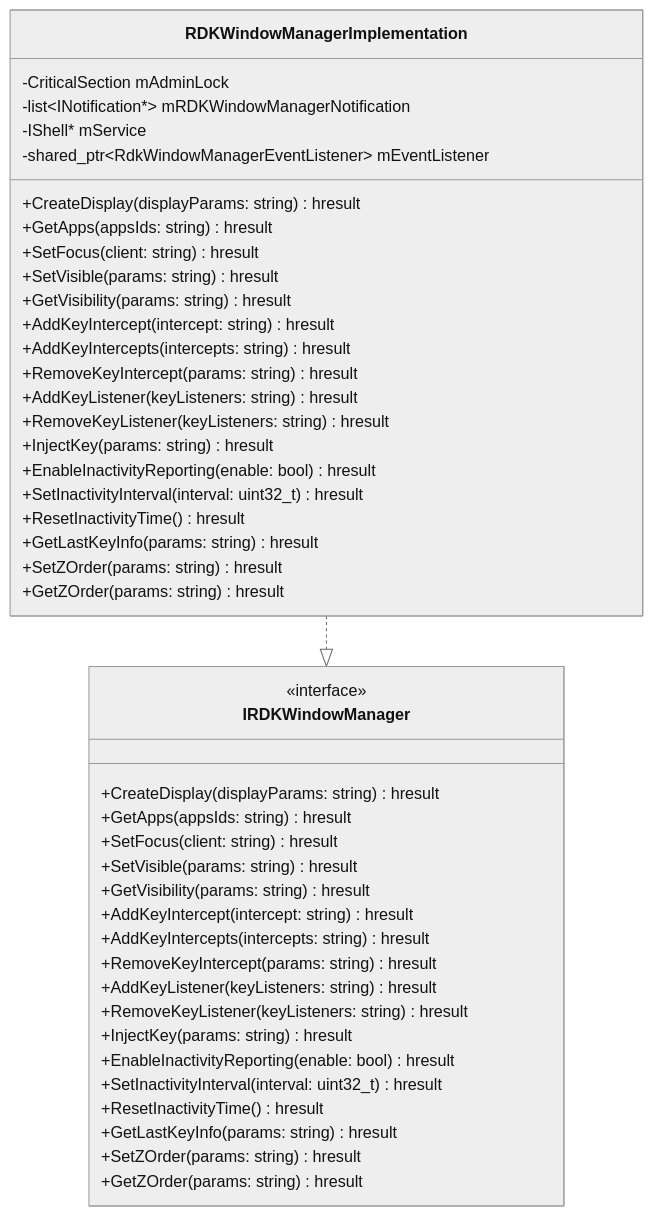
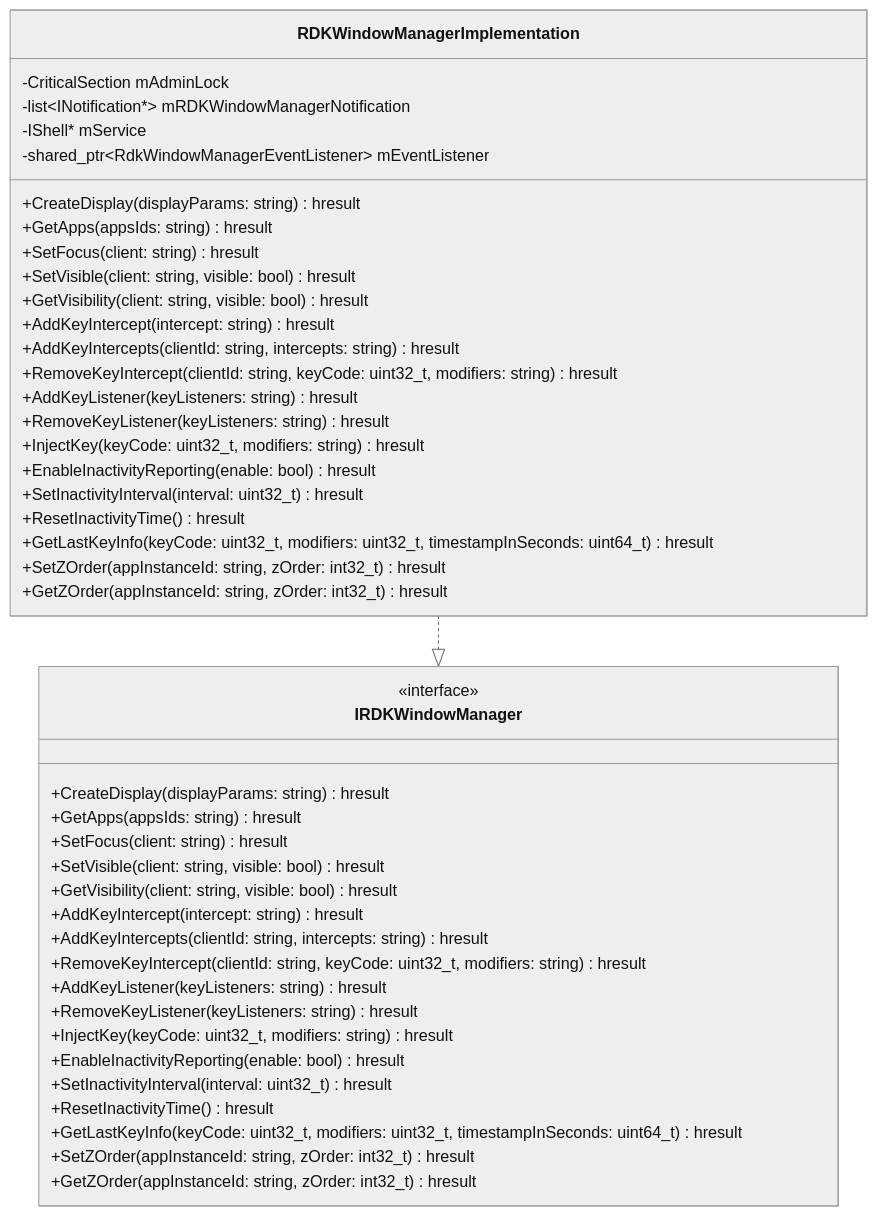
The second of 4 diagrams in RDKWindowManager/RDKWindowManager.md (rdkcentral/entservices-appmanagers), drawn with Mermaid (neutral theme) before and after one commit. The commit also changed other lines of this file and 3 other files, not shown here.

````diff
--- a/RDKWindowManager/RDKWindowManager.md
+++ b/RDKWindowManager/RDKWindowManager.md
@@ -60,49 +60,49 @@
 ```mermaid
 classDiagram
     class RDKWindowManagerImplementation {
         -CriticalSection mAdminLock
         -list~INotification*~ mRDKWindowManagerNotification
         -IShell* mService
         -shared_ptr~RdkWindowManagerEventListener~ mEventListener
         +CreateDisplay(displayParams: string) hresult
         +GetApps(appsIds: string) hresult
         +SetFocus(client: string) hresult
-        +SetVisible(params: string) hresult
-        +GetVisibility(params: string) hresult
+        +SetVisible(client: string, visible: bool) hresult
+        +GetVisibility(client: string, visible: bool) hresult
         +AddKeyIntercept(intercept: string) hresult
-        +AddKeyIntercepts(intercepts: string) hresult
-        +RemoveKeyIntercept(params: string) hresult
+        +AddKeyIntercepts(clientId: string, intercepts: string) hresult
+        +RemoveKeyIntercept(clientId: string, keyCode: uint32_t, modifiers: string) hresult
         +AddKeyListener(keyListeners: string) hresult
         +RemoveKeyListener(keyListeners: string) hresult
-        +InjectKey(params: string) hresult
+        +InjectKey(keyCode: uint32_t, modifiers: string) hresult
         +EnableInactivityReporting(enable: bool) hresult
         +SetInactivityInterval(interval: uint32_t) hresult
         +ResetInactivityTime() hresult
-        +GetLastKeyInfo(params: string) hresult
-        +SetZOrder(params: string) hresult
-        +GetZOrder(params: string) hresult
+        +GetLastKeyInfo(keyCode: uint32_t, modifiers: uint32_t, timestampInSeconds: uint64_t) hresult
+        +SetZOrder(appInstanceId: string, zOrder: int32_t) hresult
+        +GetZOrder(appInstanceId: string, zOrder: int32_t) hresult
     }
 
     class IRDKWindowManager {
         <<interface>>
         +CreateDisplay(displayParams: string) hresult
         +GetApps(appsIds: string) hresult
         +SetFocus(client: string) hresult
-        +SetVisible(params: string) hresult
-        +GetVisibility(params: string) hresult
+        +SetVisible(client: string, visible: bool) hresult
+        +GetVisibility(client: string, visible: bool) hresult
         +AddKeyIntercept(intercept: string) hresult
-        +AddKeyIntercepts(intercepts: string) hresult
-        +RemoveKeyIntercept(params: string) hresult
+        +AddKeyIntercepts(clientId: string, intercepts: string) hresult
+        +RemoveKeyIntercept(clientId: string, keyCode: uint32_t, modifiers: string) hresult
         +AddKeyListener(keyListeners: string) hresult
         +RemoveKeyListener(keyListeners: string) hresult
-        +InjectKey(params: string) hresult
+        +InjectKey(keyCode: uint32_t, modifiers: string) hresult
         +EnableInactivityReporting(enable: bool) hresult
         +SetInactivityInterval(interval: uint32_t) hresult
         +ResetInactivityTime() hresult
-        +GetLastKeyInfo(params: string) hresult
-        +SetZOrder(params: string) hresult
-        +GetZOrder(params: string) hresult
+        +GetLastKeyInfo(keyCode: uint32_t, modifiers: uint32_t, timestampInSeconds: uint64_t) hresult
+        +SetZOrder(appInstanceId: string, zOrder: int32_t) hresult
+        +GetZOrder(appInstanceId: string, zOrder: int32_t) hresult
     }
 
     RDKWindowManagerImplementation ..|> IRDKWindowManager
 ```
````
